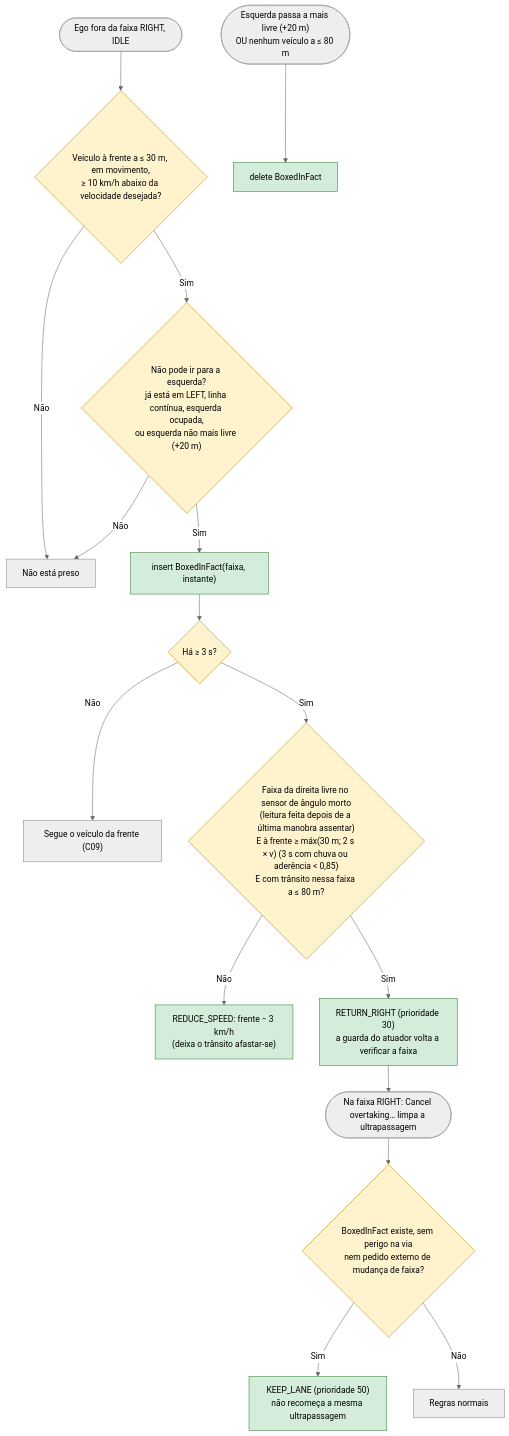
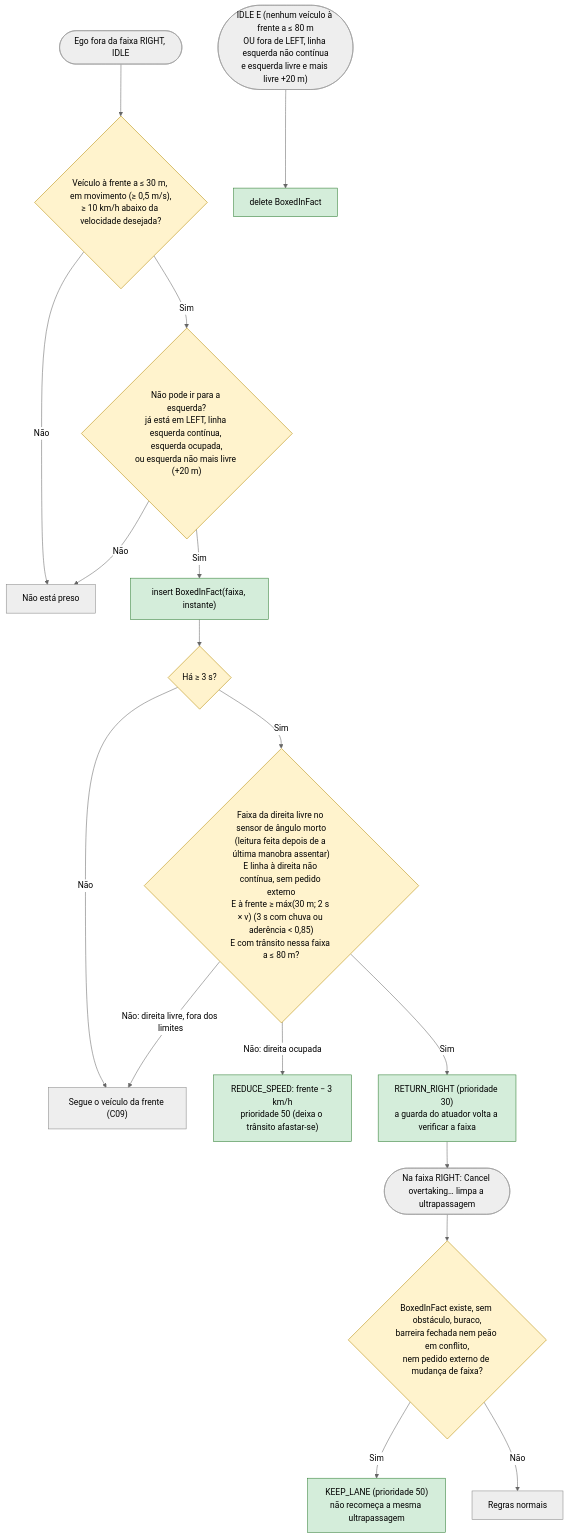
Before and after one commit to 1-2Drive/projeto-1: the fifth of 5 diagrams in docs/fluxogramas/C11-ultrapassagem-e-regresso-a-direita.md, drawn with Mermaid (neutral theme). The commit also changed other lines of this file and 38 other files, not shown here.

````diff
--- a/docs/fluxogramas/C11-ultrapassagem-e-regresso-a-direita.md
+++ b/docs/fluxogramas/C11-ultrapassagem-e-regresso-a-direita.md
@@ -358,25 +390,26 @@
 ```mermaid
 flowchart TD
-    C11D_S(["Ego fora da faixa RIGHT, IDLE"]) --> C11D_D1{"Veículo à frente a ≤ 30 m, em movimento,<br/>≥ 10 km/h abaixo da velocidade desejada?"}
+    C11D_S(["Ego fora da faixa RIGHT, IDLE"]) --> C11D_D1{"Veículo à frente a ≤ 30 m, em movimento (≥ 0,5 m/s),<br/>≥ 10 km/h abaixo da velocidade desejada?"}
     C11D_D1 -- "Não" --> C11D_X1["Não está preso"]
-    C11D_D1 -- "Sim" --> C11D_D2{"Não pode ir para a esquerda?<br/>já está em LEFT, linha contínua, esquerda ocupada,<br/>ou esquerda não mais livre (+20 m)"}
+    C11D_D1 -- "Sim" --> C11D_D2{"Não pode ir para a esquerda?<br/>já está em LEFT, linha esquerda contínua, esquerda ocupada,<br/>ou esquerda não mais livre (+20 m)"}
     C11D_D2 -- "Não" --> C11D_X1
     C11D_D2 -- "Sim" --> C11D_F["insert BoxedInFact(faixa, instante)"]
     C11D_F --> C11D_D3{"Há ≥ 3 s?"}
     C11D_D3 -- "Não" --> C11D_W["Segue o veículo da frente (C09)"]
-    C11D_D3 -- "Sim" --> C11D_D4{"Faixa da direita livre no sensor de ângulo morto<br/>(leitura feita depois de a última manobra assentar)<br/>E à frente ≥ máx(30 m; 2 s × v) (3 s com chuva ou aderência #lt; 0,85)<br/>E com trânsito nessa faixa a ≤ 80 m?"}
-    C11D_D4 -- "Não" --> C11D_P1["REDUCE_SPEED: frente − 3 km/h<br/>(deixa o trânsito afastar-se)"]
+    C11D_D3 -- "Sim" --> C11D_D4{"Faixa da direita livre no sensor de ângulo morto<br/>(leitura feita depois de a última manobra assentar)<br/>E linha à direita não contínua, sem pedido externo<br/>E à frente ≥ máx(30 m; 2 s × v) (3 s com chuva ou aderência #lt; 0,85)<br/>E com trânsito nessa faixa a ≤ 80 m?"}
+    C11D_D4 -- "Não: direita ocupada" --> C11D_P1["REDUCE_SPEED: frente − 3 km/h<br/>prioridade 50 (deixa o trânsito afastar-se)"]
+    C11D_D4 -- "Não: direita livre, fora dos limites" --> C11D_W
     C11D_D4 -- "Sim" --> C11D_P2["RETURN_RIGHT (prioridade 30)<br/>a guarda do atuador volta a verificar a faixa"]
     C11D_P2 --> C11D_R(["Na faixa RIGHT: Cancel overtaking… limpa a ultrapassagem"])
-    C11D_R --> C11D_D5{"BoxedInFact existe, sem perigo na via<br/>nem pedido externo de mudança de faixa?"}
+    C11D_R --> C11D_D5{"BoxedInFact existe, sem obstáculo, buraco,<br/>barreira fechada nem peão em conflito,<br/>nem pedido externo de mudança de faixa?"}
     C11D_D5 -- "Sim" --> C11D_P3["KEEP_LANE (prioridade 50)<br/>não recomeça a mesma ultrapassagem"]
     C11D_D5 -- "Não" --> C11D_X2["Regras normais"]
-    C11D_C(["Esquerda passa a mais livre (+20 m)<br/>OU nenhum veículo a ≤ 80 m"]) --> C11D_DEL["delete BoxedInFact"]
+    C11D_C(["IDLE E (nenhum veículo à frente a ≤ 80 m<br/>OU fora de LEFT, linha esquerda não contínua<br/>e esquerda livre e mais livre +20 m)"]) --> C11D_DEL["delete BoxedInFact"]
 
     classDef dec fill:#fff3cd,stroke:#b58900,color:#000
     classDef prop fill:#d4edda,stroke:#2e7d32,color:#000
     classDef nao fill:#eeeeee,stroke:#888888,color:#000
     class C11D_D1,C11D_D2,C11D_D3,C11D_D4,C11D_D5 dec
     class C11D_P1,C11D_P2,C11D_P3,C11D_F,C11D_DEL prop
     class C11D_X1,C11D_X2,C11D_W nao
 ```
````
